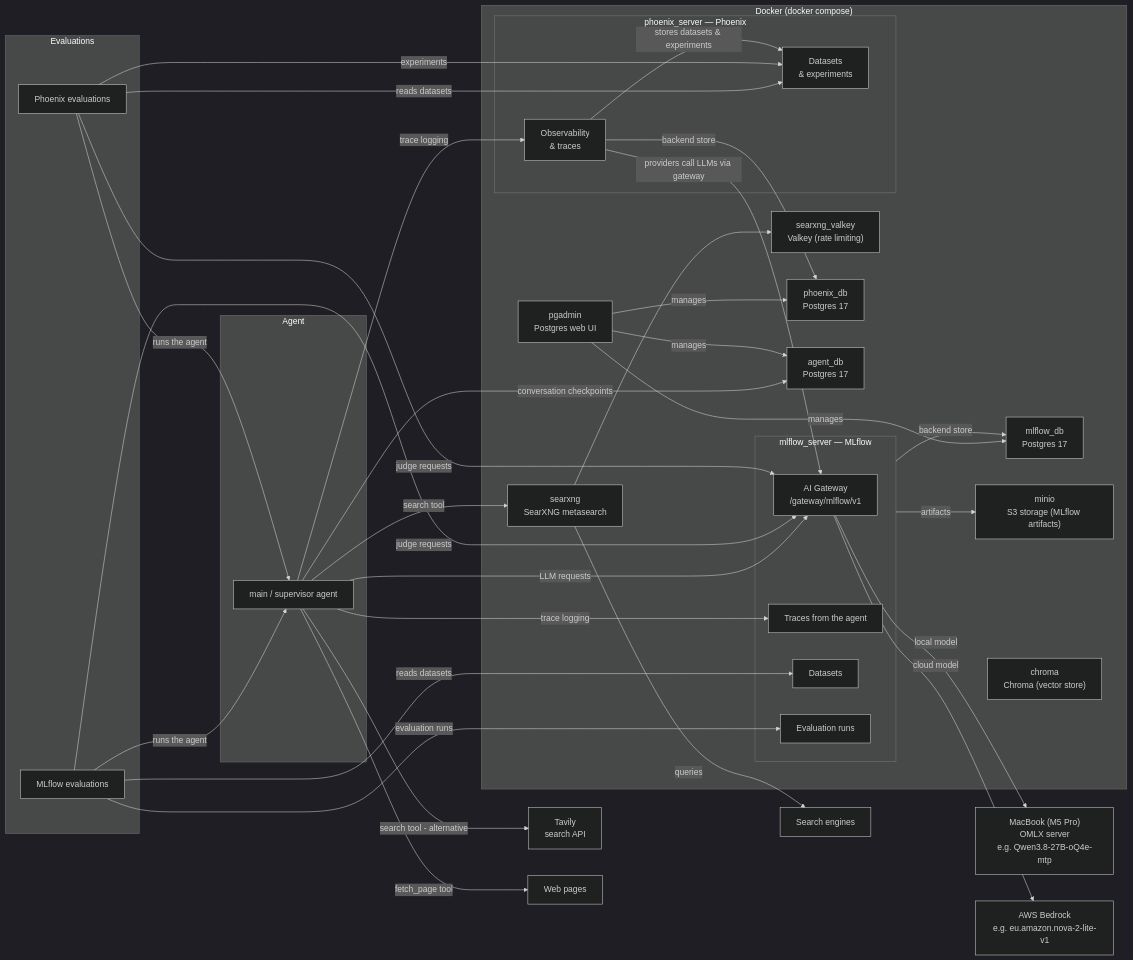
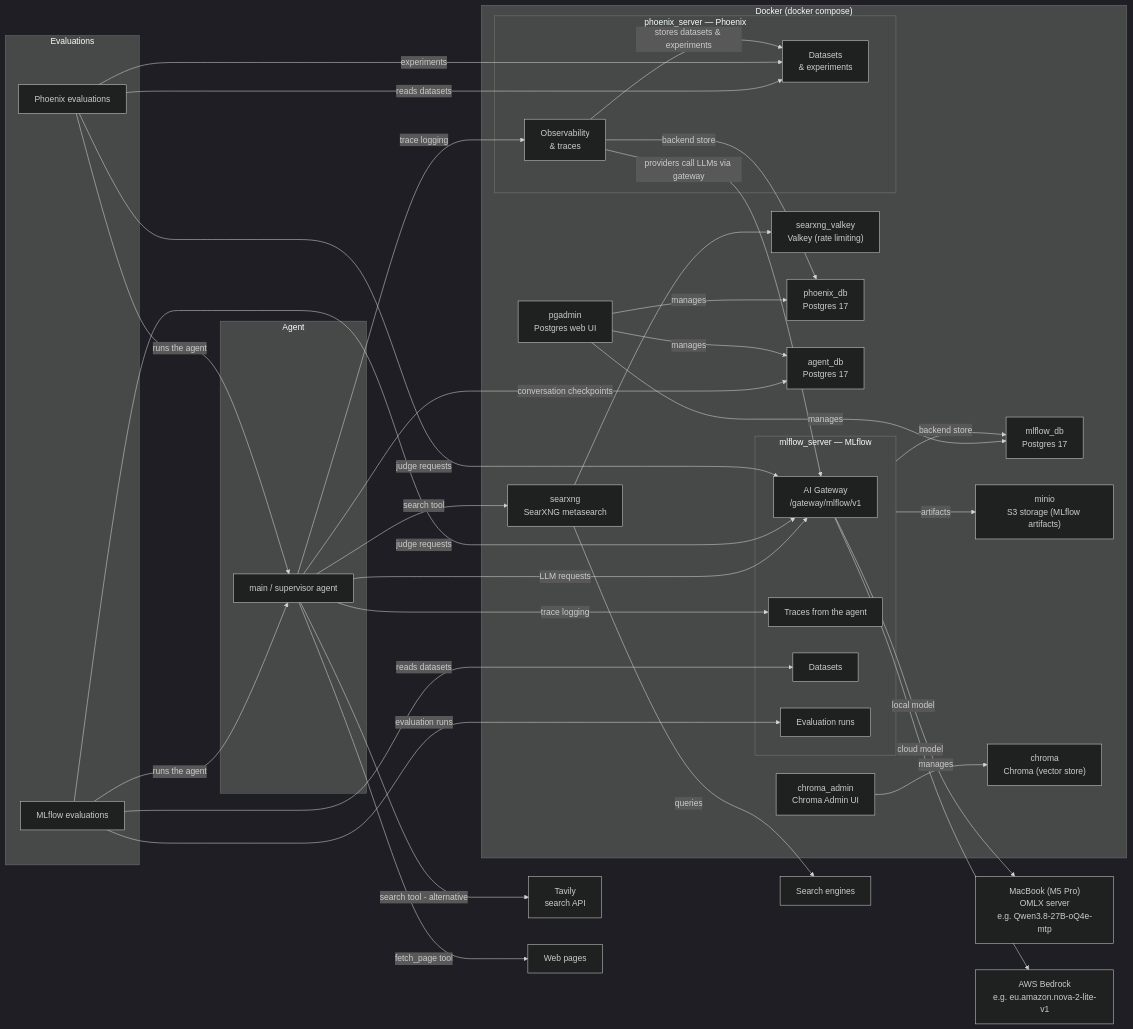
The first of 5 diagrams in documentation/design.md (codiply/tech-market-researcher), drawn with Mermaid (dark theme) before and after one commit. The commit also changed other lines of this file and 3 other files, not shown here.

First line of the commit message:
Add a Chroma Admin web UI to the docker stack

````diff
--- a/documentation/design.md
+++ b/documentation/design.md
@@ -5,66 +5,68 @@
 ```mermaid
 flowchart LR
     subgraph agent["Agent"]
         main["main / supervisor agent"]
     end
 
     subgraph evals["Evaluations"]
         mlflow_evals["MLflow evaluations"]
         phoenix_evals["Phoenix evaluations"]
     end
 
     subgraph docker["Docker (docker compose)"]
         subgraph mlflow_box["mlflow_server — MLflow"]
             gateway["AI Gateway<br/>/gateway/mlflow/v1"]
             traces["Traces from the agent"]
             datasets["Datasets"]
             eval_runs["Evaluation runs"]
         end
         mlflow_db["mlflow_db<br/>Postgres 17"]
         searxng["searxng<br/>SearXNG metasearch"]
         valkey["searxng_valkey<br/>Valkey (rate limiting)"]
         minio["minio<br/>S3 storage (MLflow artifacts)"]
         pgadmin["pgadmin<br/>Postgres web UI"]
         subgraph phoenix_box["phoenix_server — Phoenix"]
             phoenix_server["Observability<br/>& traces"]
             phoenix_datasets["Datasets<br/>& experiments"]
         end
         phoenix_db["phoenix_db<br/>Postgres 17"]
         agent_db["agent_db<br/>Postgres 17"]
         chroma["chroma<br/>Chroma (vector store)"]
+        chroma_admin["chroma_admin<br/>Chroma Admin UI"]
     end
 
     macbook["MacBook (M5 Pro)<br/>OMLX server<br/>e.g. Qwen3.8-27B-oQ4e-mtp"]
     aws["AWS Bedrock<br/>e.g. eu.amazon.nova-2-lite-v1"]
     tavily["Tavily<br/>search API"]
     engines["Search engines"]
     web["Web pages"]
 
     main -->|LLM requests| gateway
     main -->|trace logging| traces
     main -->|trace logging| phoenix_server
     main -->|search tool| searxng
     main -->|search tool - alternative| tavily
     main -->|fetch_page tool| web
     main -->|conversation checkpoints| agent_db
     mlflow_evals -->|runs the agent| main
     mlflow_evals -->|judge requests| gateway
     mlflow_evals -->|reads datasets| datasets
     mlflow_evals -->|evaluation runs| eval_runs
     phoenix_evals -->|runs the agent| main
     phoenix_evals -->|judge requests| gateway
     phoenix_evals -->|reads datasets| phoenix_datasets
     phoenix_evals -->|experiments| phoenix_datasets
     phoenix_server -->|stores datasets & experiments| phoenix_datasets
     phoenix_server -->|providers call LLMs via gateway| gateway
     gateway -->|local model| macbook
     gateway -->|cloud model| aws
     searxng -->|queries| engines
     searxng --> valkey
     mlflow_box -->|backend store| mlflow_db
     mlflow_box -->|artifacts| minio
     pgadmin -->|manages| mlflow_db
     phoenix_server -->|backend store| phoenix_db
     pgadmin -->|manages| phoenix_db
     pgadmin -->|manages| agent_db
+    chroma_admin -->|manages| chroma
 ```
````
